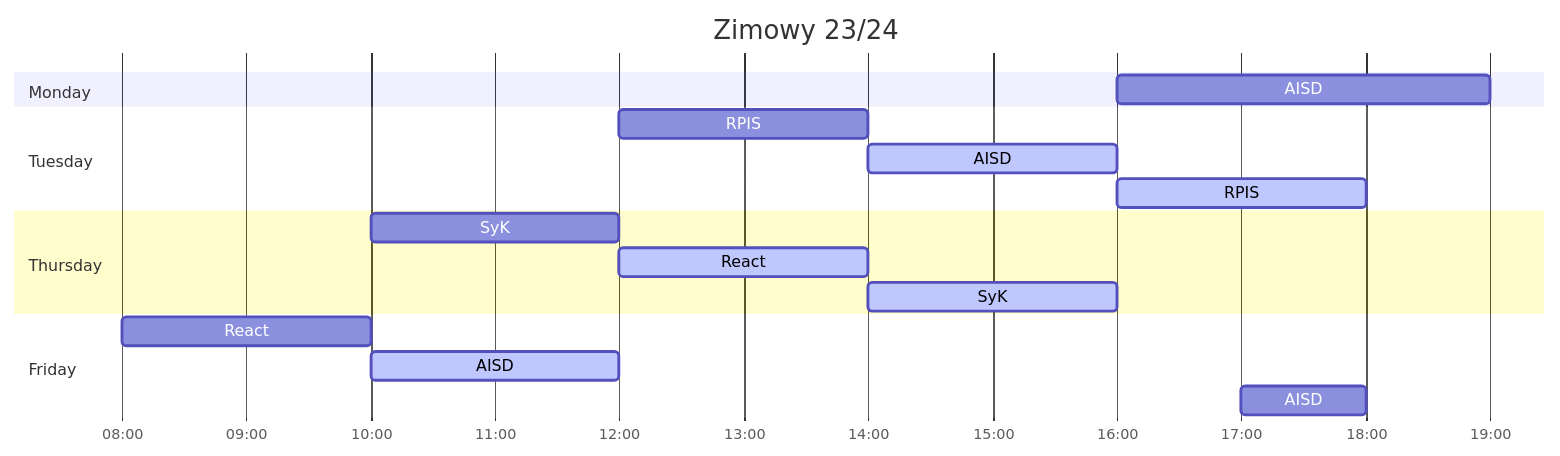
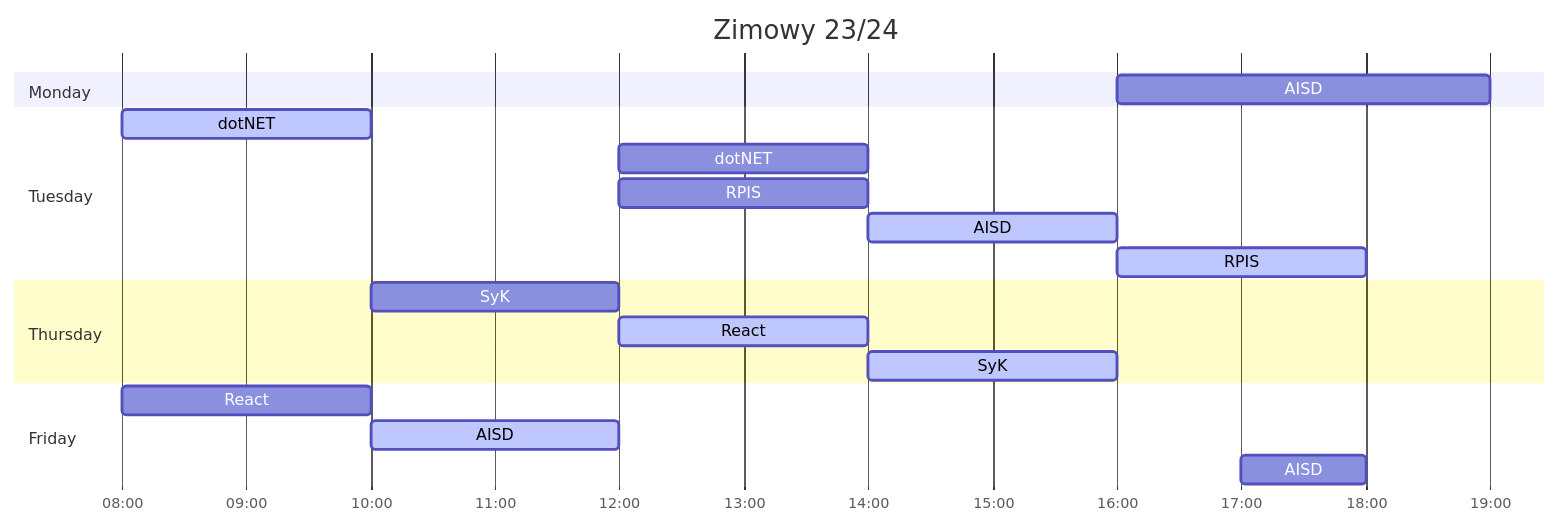
One commit to PatrykFlama/UWr changed the first of 4 diagrams in README.md. Above: the diagram before and after it, drawn with Mermaid. The commit also changed other lines of this file and 2 other files, not shown here.

````diff
--- a/README.md
+++ b/README.md
@@ -11,26 +11,28 @@
 ```mermaid
 gantt
     title Zimowy 23/24
     dateFormat HH
     axisFormat %H:%M
 
     section Monday
         AISD                            : 16, 19
 
     section Tuesday
+        dotNET                          : active, 08, 10
+        dotNET                          : 12, 14
         RPIS                            : 12, 14
         AISD                            : active, 14, 16
         RPIS                            : active, 16, 18
 
     section Wednesday
 
     section Thursday
         SyK                             : 10, 12
         React                           : active, 12, 14
         SyK                             : active, 14, 16
 
     section Friday
         React                           : 08, 10
         AISD                            : active, 10, 12
         AISD                            : 17, 18
 ```
````
